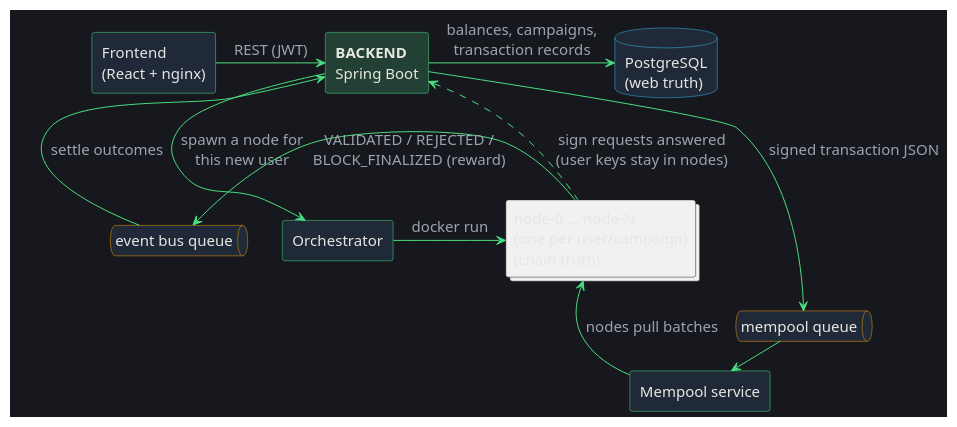
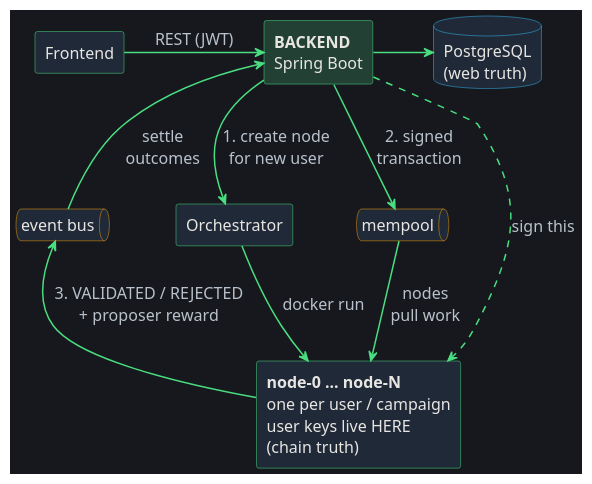
One commit to Marcher-D/charity-ledger-monorepo changed the first of 4 diagrams in docs/backend-diagrams.md. Above: the diagram before and after it, drawn with PlantUML. The commit also changed other lines of this file and 4 other files, not shown here.

First line of the commit message:
docs: readable dark-theme diagrams + pre-rendered PNGs for slides

````diff
--- a/docs/backend-diagrams.md
+++ b/docs/backend-diagrams.md
@@ -8,44 +8,52 @@
 ```plantuml
 @startuml
 skinparam backgroundColor #16181d
 skinparam defaultFontColor #e8e6e3
-skinparam defaultFontSize 15
+skinparam defaultFontSize 16
 skinparam ArrowColor #4ade80
-skinparam ArrowFontColor #9ca3af
+skinparam ArrowFontColor #b9c2cc
+skinparam ArrowThickness 1.5
+skinparam shadowing false
+skinparam nodesep 60
+skinparam ranksep 70
 skinparam rectangle {
   BackgroundColor #1f2937
   BorderColor #4ade80
   FontColor #e8e6e3
 }
 skinparam database {
   BackgroundColor #1f2937
   BorderColor #38bdf8
   FontColor #e8e6e3
 }
 skinparam queue {
   BackgroundColor #1f2937
   BorderColor #f59e0b
   FontColor #e8e6e3
 }
 
-rectangle "Frontend\n(React + nginx)" as FE
+rectangle "Frontend" as FE
 rectangle "**BACKEND**\nSpring Boot" as BE #234034
 database "PostgreSQL\n(web truth)" as DB
+
+queue "event bus" as EV
 rectangle "Orchestrator" as ORCH
-queue "mempool queue" as MQ1
-queue "event bus queue" as MQ2
-rectangle "Mempool service" as MEM
-collections "node-0 … node-N\n(one per user/campaign)\n(chain truth)" as NODES
+queue "mempool" as MEM
+
+rectangle "**node-0 ... node-N**\none per user / campaign\nuser keys live HERE\n(chain truth)" as NODES
 
 FE -right-> BE : REST (JWT)
-BE -right-> DB : balances, campaigns,\ntransaction records
-BE -down-> ORCH : "spawn a node for\nthis new user"
-ORCH -right-> NODES : docker run
-BE -down-> MQ1 : signed transaction JSON
-MQ1 -right-> MEM
-MEM -up-> NODES : nodes pull batches
-NODES .up.> BE : sign requests answered\n(user keys stay in nodes)
-NODES -left-> MQ2 : VALIDATED / REJECTED /\nBLOCK_FINALIZED (reward)
-MQ2 -up-> BE : settle outcomes
+BE -right-> DB
+
+BE -down-> ORCH : 1. create node\nfor new user
+ORCH -down-> NODES : docker run
+
+BE -down-> MEM : 2. signed\ntransaction
+MEM -down-> NODES : nodes\npull work
+
+NODES -up-> EV : 3. VALIDATED / REJECTED\n+ proposer reward
+EV -up-> BE : settle\noutcomes
+
+BE .down.> NODES : "sign this"
 @enduml
 ```
````
